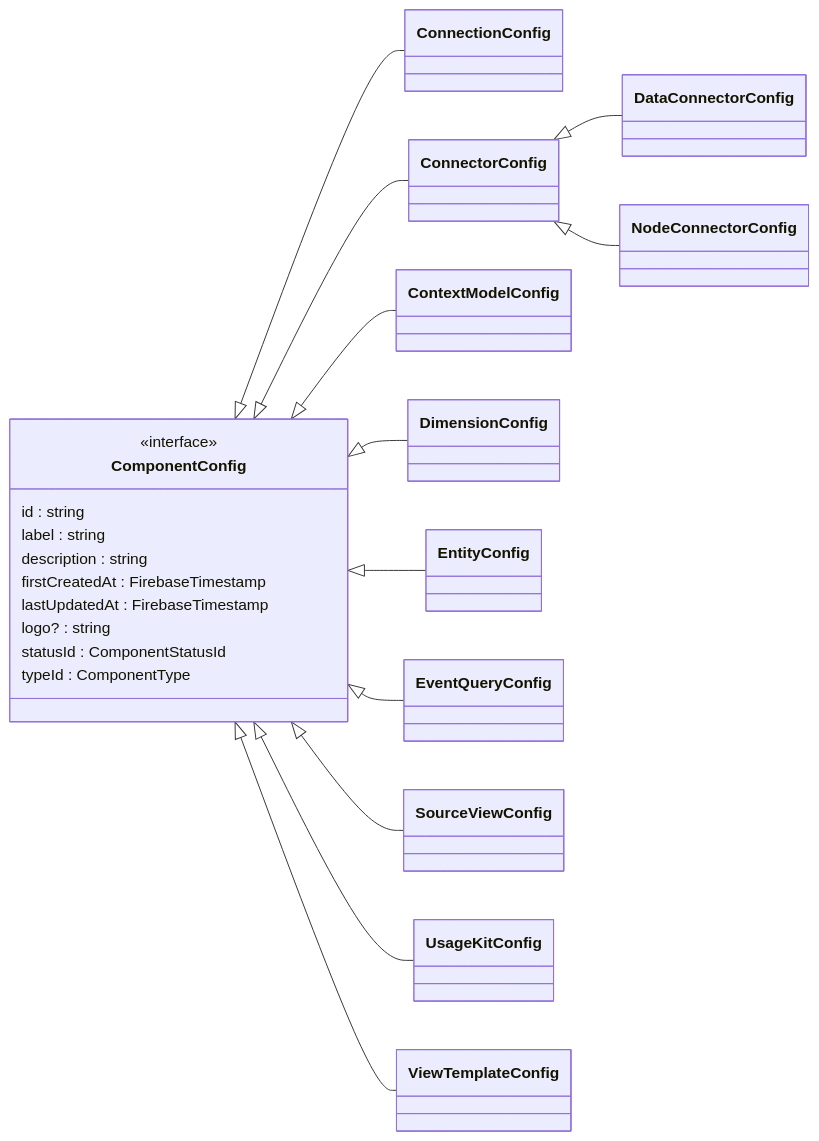
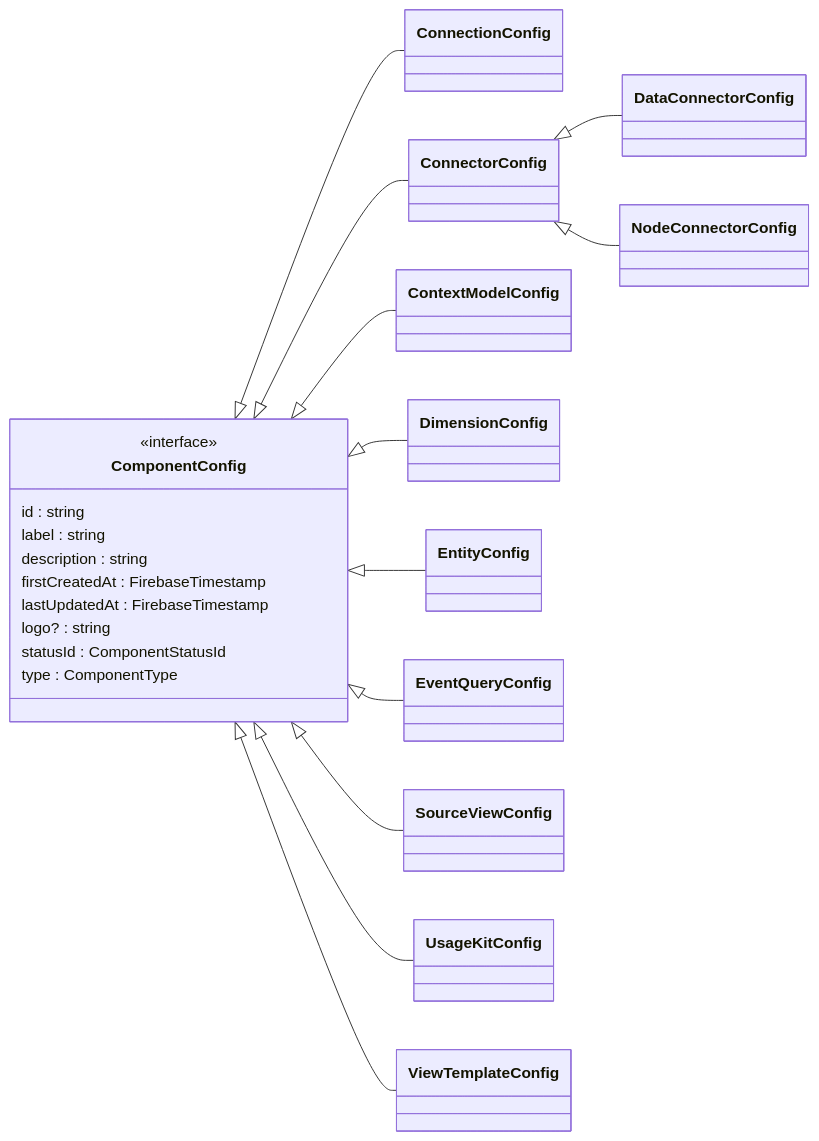
One commit to data-positioning/datapos-shared changed the first of 15 diagrams in README.md. Above: the diagram before and after it, drawn with Mermaid. The commit also changed other lines of this file and 1 other file, not shown here.

````diff
--- a/README.md
+++ b/README.md
@@ -9,28 +9,28 @@
 ```mermaid
 classDiagram
     direction LR
 
     class ComponentConfig {
         <<interface>>
         id : string
         label : string
         description : string
         firstCreatedAt : FirebaseTimestamp
         lastUpdatedAt : FirebaseTimestamp
         logo? : string
         statusId : ComponentStatusId
-        typeId : ComponentType
+        type : ComponentType
     }
 
     ComponentConfig <|-- ConnectionConfig
     ComponentConfig <|-- ConnectorConfig
     ConnectorConfig <|-- DataConnectorConfig
     ConnectorConfig <|-- NodeConnectorConfig
     ComponentConfig <|-- ContextModelConfig
     ComponentConfig <|-- DimensionConfig
     ComponentConfig <|-- EntityConfig
     ComponentConfig <|-- EventQueryConfig
     ComponentConfig <|-- SourceViewConfig
     ComponentConfig <|-- UsageKitConfig
     ComponentConfig <|-- ViewTemplateConfig
 ```
````
